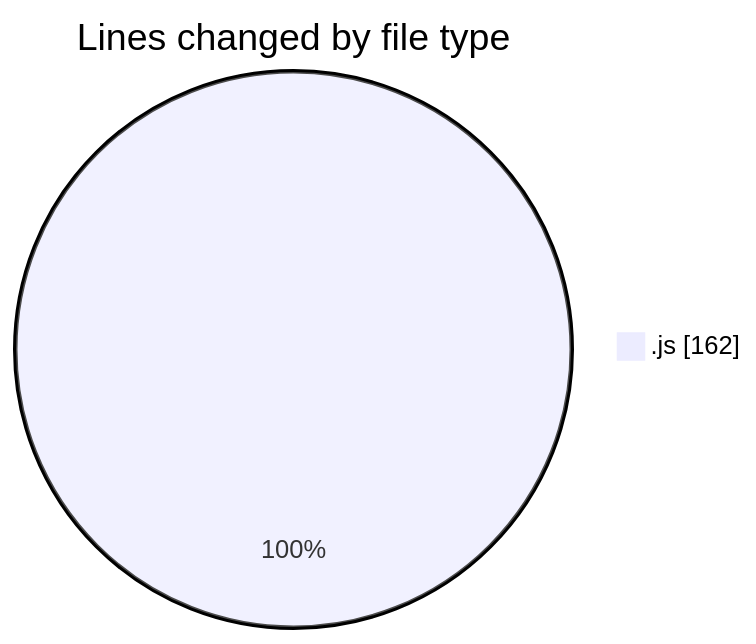
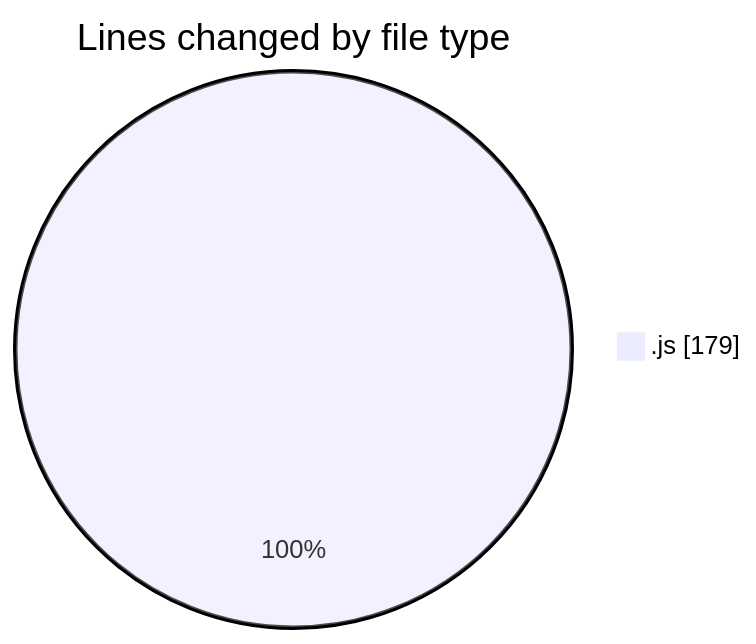
Before and after one commit to Ritupan-Deka/code-tracking: the first of 2 diagrams in 2025-07-20/mern-workoutboard/README.md, drawn with Mermaid. The commit also changed other lines of this file and 1 other file, not shown here.

````diff
--- a/2025-07-20/mern-workoutboard/README.md
+++ b/2025-07-20/mern-workoutboard/README.md
@@ -21,5 +21,5 @@
 ```mermaid
 pie showData
 title Lines changed by file type
-".js" : 162
+".js" : 179
 ```
````
